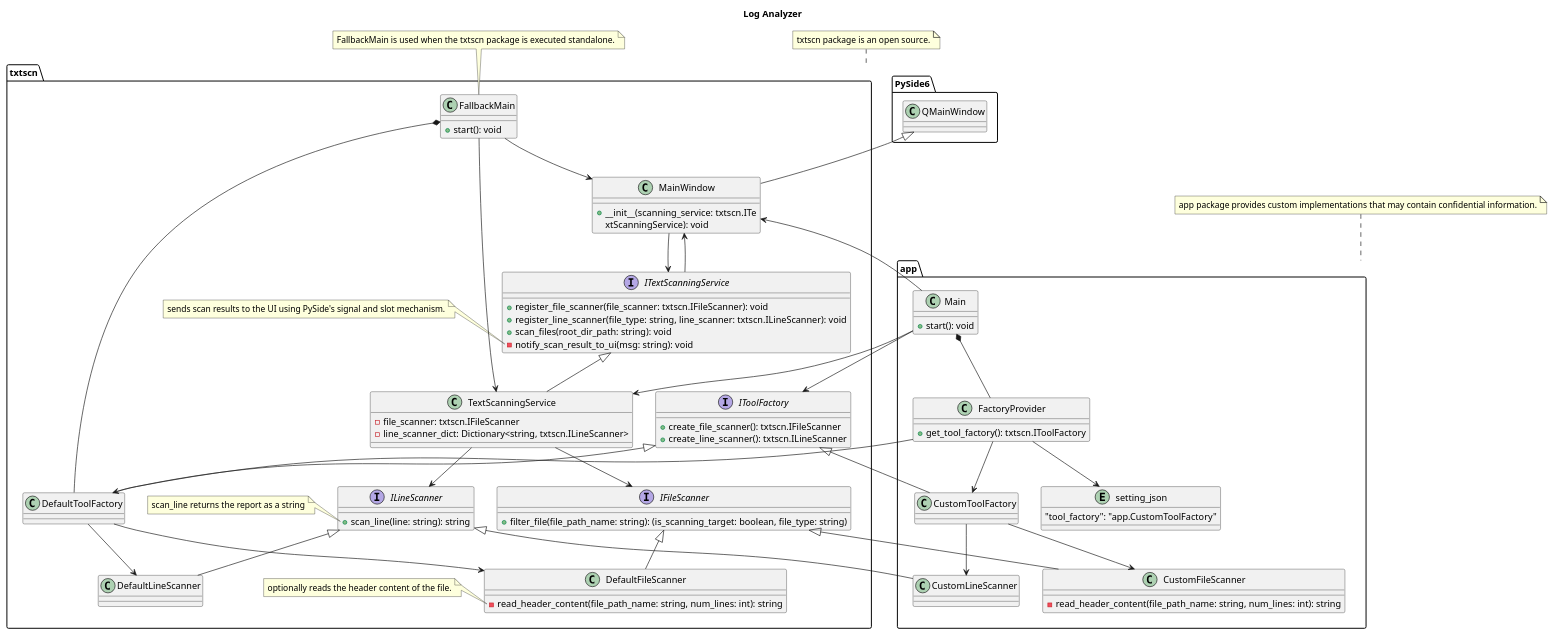
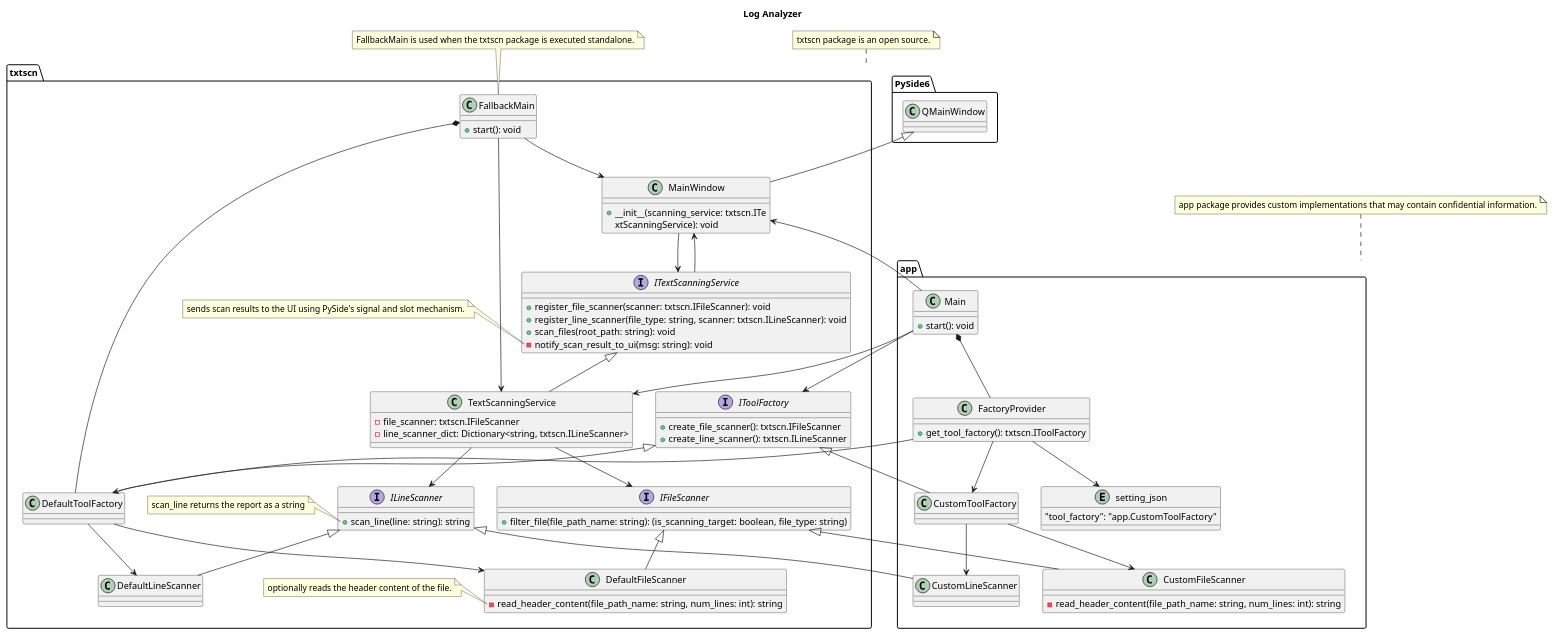
The diagram in doc/log_analyzer.puml (Takayoshi-Matsuyama/log_analyzer), drawn with PlantUML before and after one commit.

Commit message:
Updated - class diagram

```diff
--- a/doc/log_analyzer.puml
+++ b/doc/log_analyzer.puml
@@ -1,149 +1,149 @@
 @startuml log_analyzer
 
 'Copyright 2026 Takayoshi Matsuyama
 '
 'Licensed under the Apache License, Version 2.0 (the "License");
 'you may not use this file except in compliance with the License.
 'You may obtain a copy of the License at
 '
 '    http://www.apache.org/licenses/LICENSE-2.0
 '
 'Unless required by applicable law or agreed to in writing, software
 'distributed under the License is distributed on an "AS IS" BASIS,
 'WITHOUT WARRANTIES OR CONDITIONS OF ANY KIND, either express or implied.
 'See the License for the specific language governing permissions and
 'limitations under the License.
 
 title Log Analyzer
 
 interface txtscn.IFileScanner
 {
     +filter_file(file_path_name: string): (is_scanning_target: boolean, file_type: string)
 }
 
 class txtscn.DefaultFileScanner
 {
     -read_header_content(file_path_name: string, num_lines: int): string
 }
 class app.CustomFileScanner
 {
     -read_header_content(file_path_name: string, num_lines: int): string
 }
 
 txtscn.IFileScanner <|-- txtscn.DefaultFileScanner
 txtscn.IFileScanner <|-- app.CustomFileScanner
 
 note left of txtscn.DefaultFileScanner::read_header_content
     optionally reads the header content of the file.
 end note
 
 interface txtscn.ILineScanner
 {
     +scan_line(line: string): string
 }
 
 note left of txtscn.ILineScanner::scan_line
     scan_line returns the report as a string
 end note
 
 class txtscn.DefaultLineScanner {}
 class app.CustomLineScanner {}
 
 txtscn.ILineScanner <|-- txtscn.DefaultLineScanner
 txtscn.ILineScanner <|-- app.CustomLineScanner
 
 interface txtscn.IToolFactory
 {
     +create_file_scanner(): txtscn.IFileScanner
     +create_line_scanner(): txtscn.ILineScanner
 }
 
 class txtscn.DefaultToolFactory {}
 class app.CustomToolFactory {}
 
 txtscn.IToolFactory <|-- txtscn.DefaultToolFactory
 txtscn.IToolFactory <|-- app.CustomToolFactory
 
 txtscn.DefaultToolFactory --> txtscn.DefaultFileScanner
 txtscn.DefaultToolFactory --> txtscn.DefaultLineScanner
 
 app.CustomToolFactory --> app.CustomFileScanner
 app.CustomToolFactory --> app.CustomLineScanner
 
 interface txtscn.ITextScanningService
 {
-    +register_file_scanner(file_scanner: txtscn.IFileScanner): void
-    +register_line_scanner(file_type: string, line_scanner: txtscn.ILineScanner): void
-    +scan_files(root_dir_path: string): void
+    +register_file_scanner(scanner: txtscn.IFileScanner): void
+    +register_line_scanner(file_type: string, scanner: txtscn.ILineScanner): void
+    +scan_files(root_path: string): void
     -notify_scan_result_to_ui(msg: string): void
 }
 
 note left of txtscn.ITextScanningService::notify_scan_result_to_ui
     sends scan results to the UI using PySide's signal and slot mechanism.
 end note
 
 
 class txtscn.TextScanningService
 {
     -file_scanner: txtscn.IFileScanner
     -line_scanner_dict: Dictionary<string, txtscn.ILineScanner>
 }
 
 txtscn.ITextScanningService <|-- txtscn.TextScanningService
 txtscn.TextScanningService --> txtscn.IFileScanner
 txtscn.TextScanningService --> txtscn.ILineScanner
 
 class PySide6.QMainWindow {}
 
 class txtscn.MainWindow
 {
     + __init__(scanning_service: txtscn.ITe
 xtScanningService): void
 }
 
 PySide6.QMainWindow <|-- txtscn.MainWindow
 txtscn.ITextScanningService --> txtscn.MainWindow
 
 entity app.setting_json
 {
     "tool_factory": "app.CustomToolFactory"
 }
 
 class app.FactoryProvider
  {
     +get_tool_factory(): txtscn.IToolFactory
 }
 
 app.FactoryProvider --> app.setting_json
 app.FactoryProvider --> txtscn.DefaultToolFactory
 app.FactoryProvider --> app.CustomToolFactory
 
 class txtscn.FallbackMain
 {
     + start(): void
 }
 
 txtscn.FallbackMain *-- txtscn.DefaultToolFactory
 txtscn.FallbackMain --> txtscn.TextScanningService
 txtscn.FallbackMain --> txtscn.MainWindow
 
 note "FallbackMain is used when the txtscn package is executed standalone." as N1
 N1 .. txtscn.FallbackMain
 
 class app.Main
 {
     + start(): void
 }
 
 app.Main *-- app.FactoryProvider
 app.Main --> txtscn.IToolFactory
 app.Main --> txtscn.TextScanningService
 app.Main --> txtscn.MainWindow
 txtscn.MainWindow --> txtscn.ITextScanningService
 
 note "txtscn package is an open source." as N2
 N2 .. txtscn
 note "app package provides custom implementations that may contain confidential information." as N3
 N3 .. app
 
 @enduml
```
